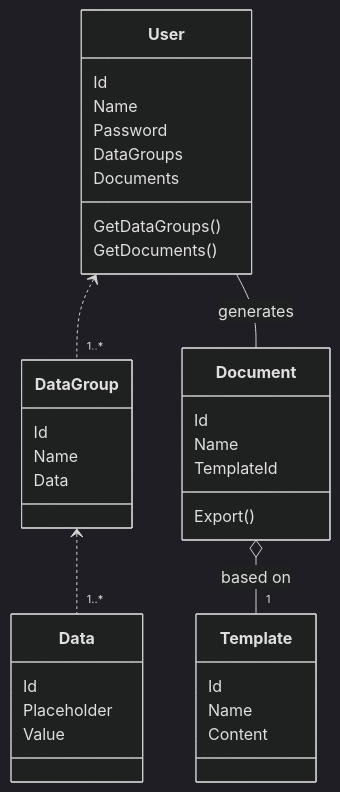
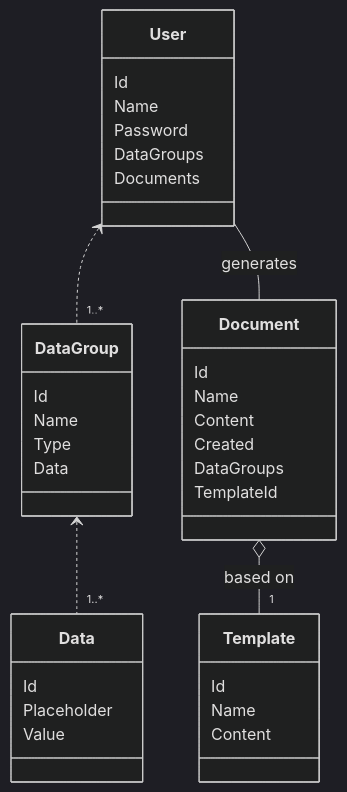
Before and after one commit to carpenterx/Electroform-Lite: the diagram in README.md, drawn with Mermaid (dark theme). The commit also changed other lines of this file, not shown here.

````diff
--- a/README.md
+++ b/README.md
@@ -3,39 +3,39 @@
 ```mermaid
 classDiagram
 class User{
-  Id
-  Name
-  Password
-  DataGroups
-  Documents
-
-  GetDataGroups()
-  GetDocuments()
+Id
+Name
+Password
+DataGroups
+Documents
 }
 class Data{
-  Id
-  Placeholder
-  Value
+Id
+Placeholder
+Value
 }
 class DataGroup{
-  Id
-  Name
-  Data
+Id
+Name
+Type
+Data
 }
 class Document{
-  Id
-  Name
-  TemplateId
-  Export()
+Id
+Name
+Content
+Created
+DataGroups
+TemplateId
 }
 class Template{
-  Id
-  Name
-  Content
+Id
+Name
+Content
 }
 
 User <.. "1..*" DataGroup
 DataGroup <.. "1..*" Data
 User -- Document : generates
 Document o-- "1" Template : based on
 ```
````
